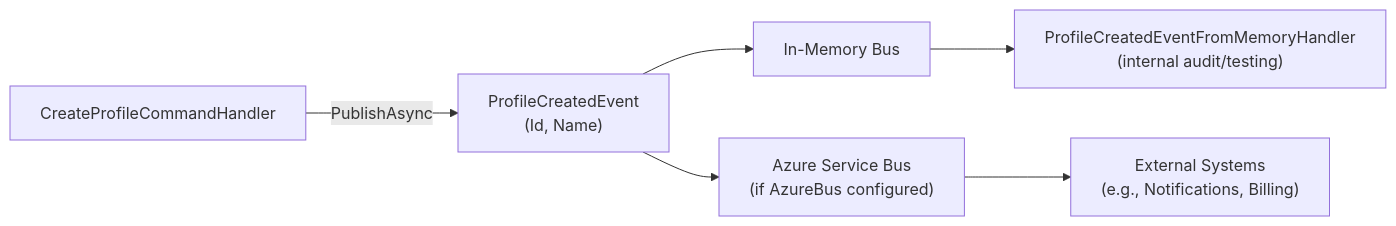
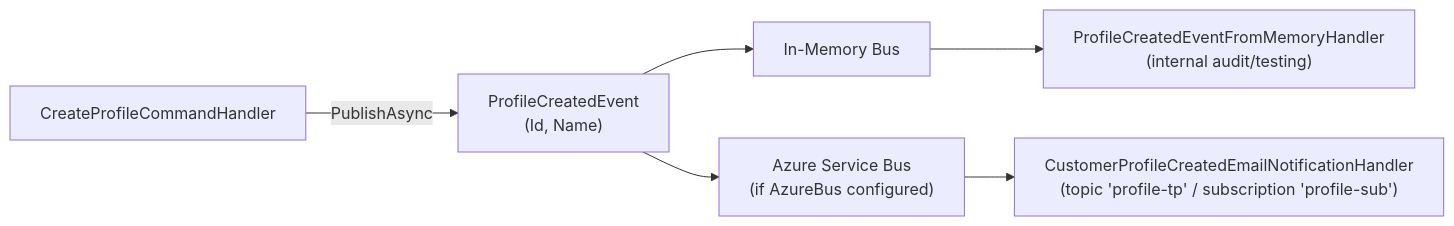
Before and after one commit to baoduy/DKNet.Templates: the fourth of 4 diagrams in docs/features/customer-profiles/architecture.md, drawn with Mermaid. The commit also changed other lines of this file and 9 other files, not shown here.

````diff
--- a/docs/features/customer-profiles/architecture.md
+++ b/docs/features/customer-profiles/architecture.md
@@ -175,10 +147,10 @@
 ```mermaid
 graph LR
     HDL["CreateProfileCommandHandler"] -->|PublishAsync| EVT["ProfileCreatedEvent\n(Id, Name)"]
 
     EVT --> MEM["In-Memory Bus"]
     EVT --> AZ["Azure Service Bus\n(if AzureBus configured)"]
 
     MEM --> INTL["ProfileCreatedEventFromMemoryHandler\n(internal audit/testing)"]
-    AZ --> EXT["External Systems\n(e.g., Notifications, Billing)"]
+    AZ --> EXT["CustomerProfileCreatedEmailNotificationHandler\n(topic 'profile-tp' / subscription 'profile-sub')"]
 ```
````
